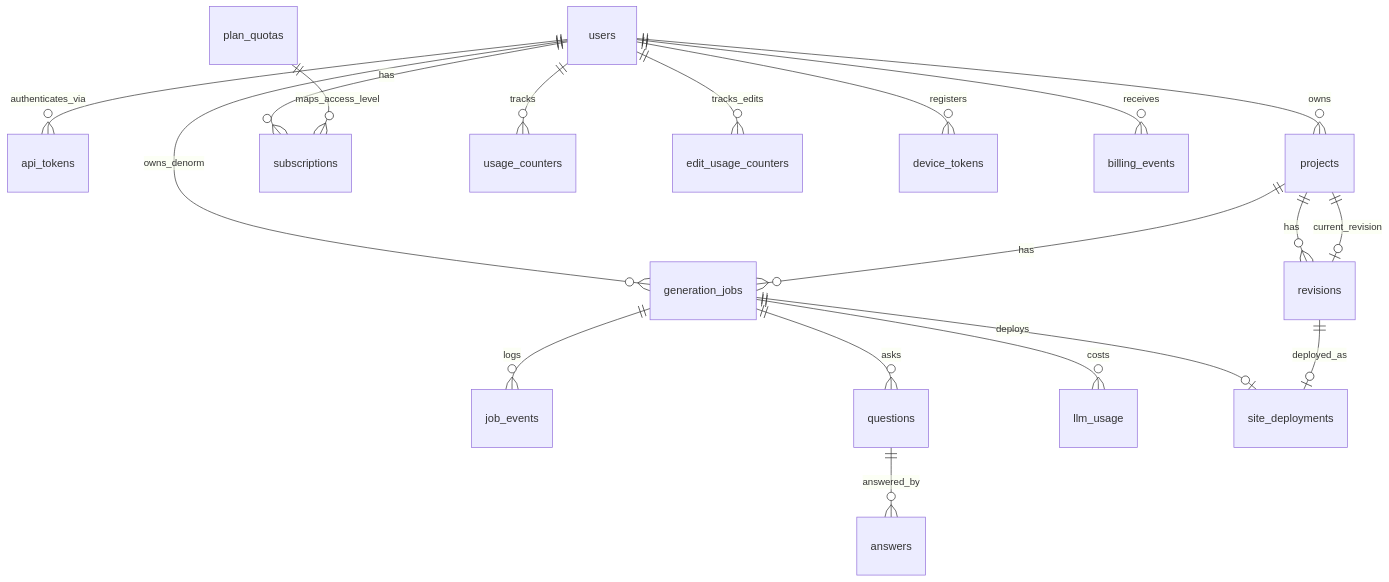
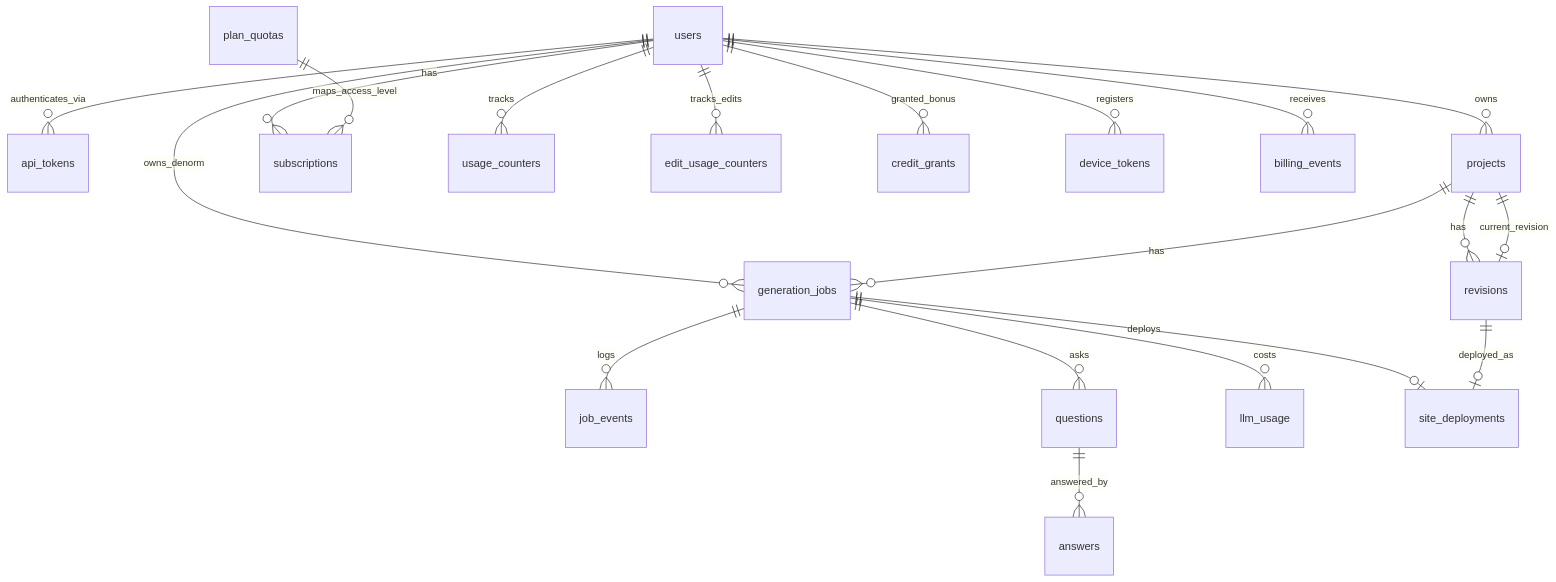
The diagram in docs/03-data-model.md (eliseiv/lovable-ai), drawn with Mermaid before and after one commit. The commit also changed other lines of this file and 25 other files, not shown here.

````diff
--- a/docs/03-data-model.md
+++ b/docs/03-data-model.md
@@ -9,21 +9,22 @@
 ```mermaid
 erDiagram
     users ||--o{ api_tokens : authenticates_via
     users ||--o{ projects : owns
     users ||--o{ generation_jobs : owns_denorm
     users ||--o{ subscriptions : has
     users ||--o{ usage_counters : tracks
     users ||--o{ edit_usage_counters : tracks_edits
+    users ||--o{ credit_grants : granted_bonus
     users ||--o{ device_tokens : registers
     users ||--o{ billing_events : receives
     projects ||--o{ generation_jobs : has
     projects ||--o{ revisions : has
     projects ||--o| revisions : current_revision
     generation_jobs ||--o{ job_events : logs
     generation_jobs ||--o{ questions : asks
     questions ||--o{ answers : answered_by
     generation_jobs ||--o{ llm_usage : costs
     generation_jobs ||--o| site_deployments : deploys
     revisions ||--o| site_deployments : deployed_as
     plan_quotas ||--o{ subscriptions : maps_access_level
 ```
````
